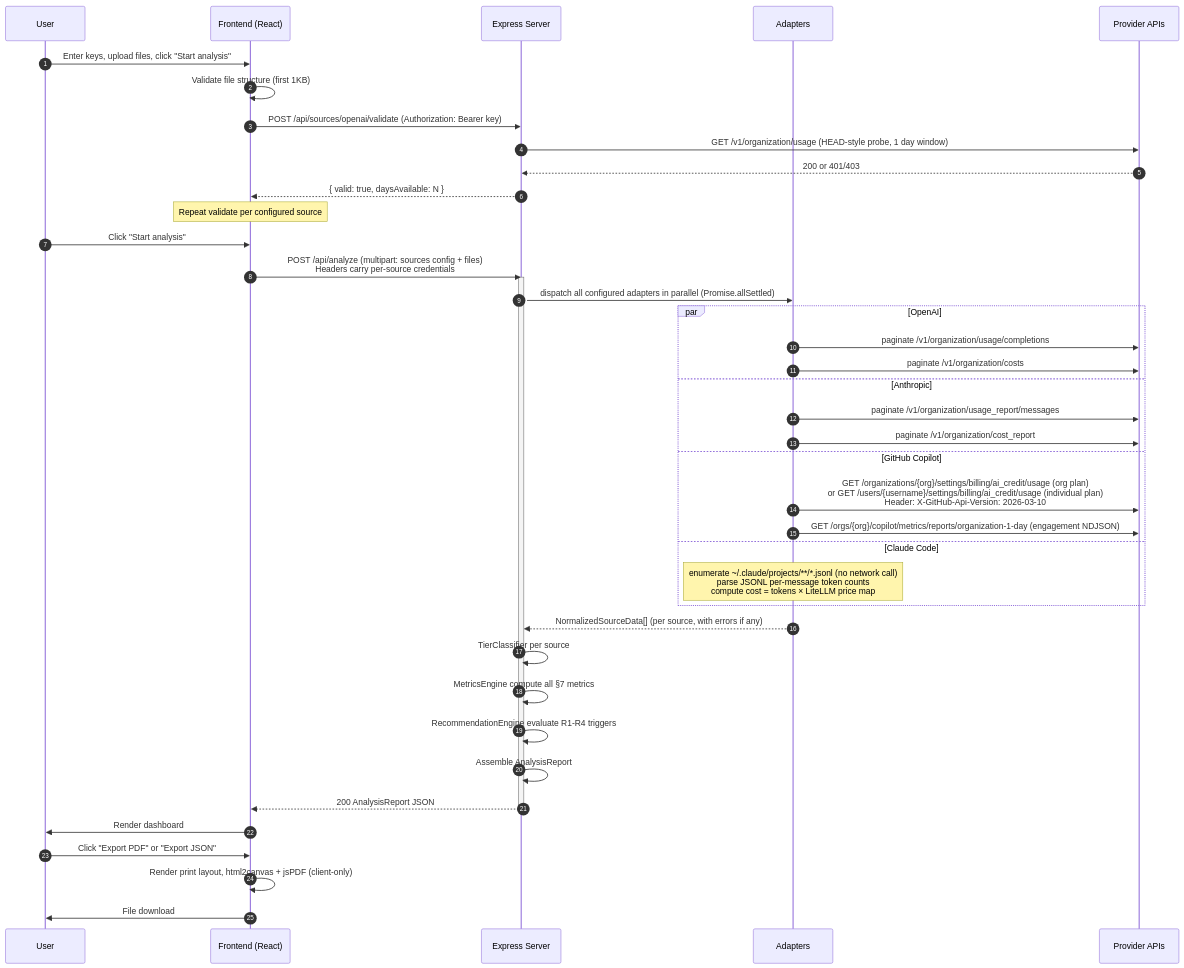
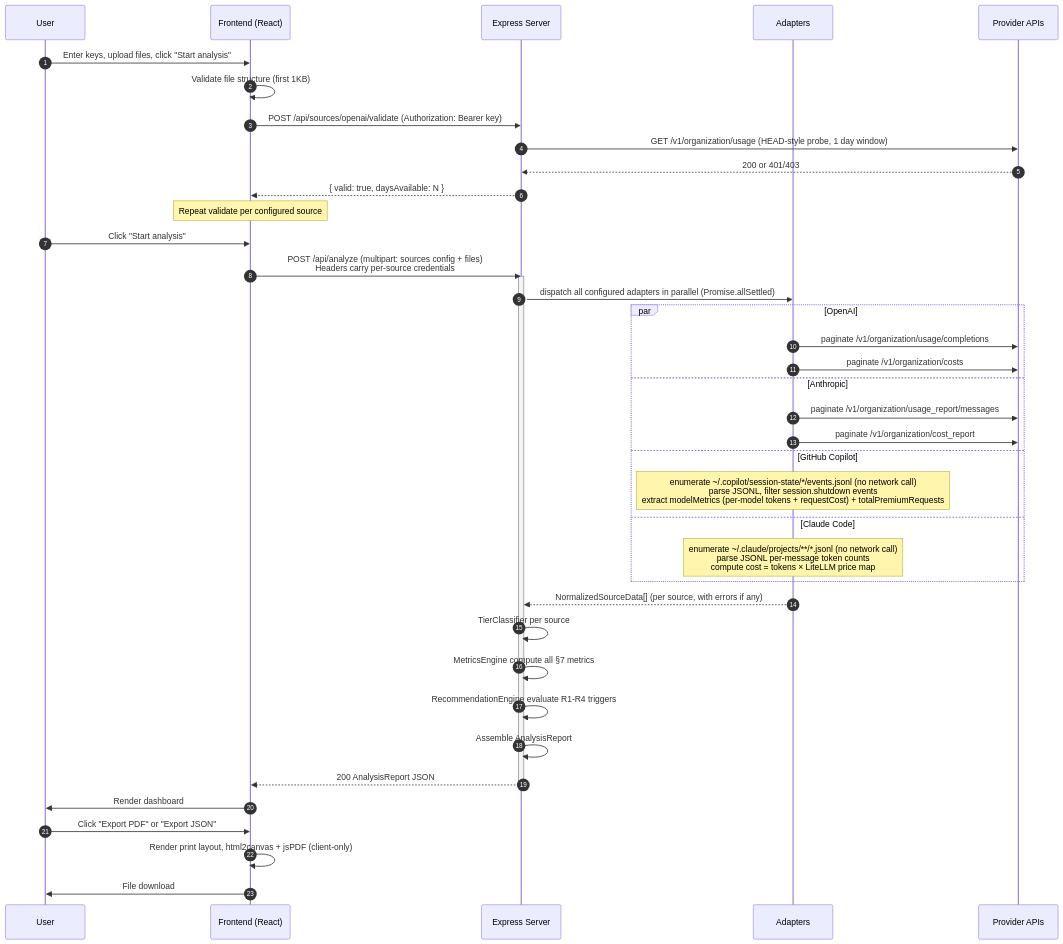
The third of 5 diagrams in docs/engineering-design.md (DaniHalfin/Promptly), drawn with Mermaid before and after one commit. The commit also changed other lines of this file and 3 other files, not shown here.

````diff
--- a/docs/engineering-design.md
+++ b/docs/engineering-design.md
@@ -107,47 +116,46 @@
 ```mermaid
 sequenceDiagram
     autonumber
     participant U as User
     participant FE as Frontend (React)
     participant BE as Express Server
     participant ADP as Adapters
     participant PROV as Provider APIs
 
     U->>FE: Enter keys, upload files, click "Start analysis"
     FE->>FE: Validate file structure (first 1KB)
     FE->>BE: POST /api/sources/openai/validate (Authorization: Bearer key)
     BE->>PROV: GET /v1/organization/usage (HEAD-style probe, 1 day window)
     PROV-->>BE: 200 or 401/403
     BE-->>FE: { valid: true, daysAvailable: N }
     Note over FE: Repeat validate per configured source
 
     U->>FE: Click "Start analysis"
     FE->>BE: POST /api/analyze (multipart: sources config + files)<br/>Headers carry per-source credentials
     activate BE
     BE->>ADP: dispatch all configured adapters in parallel (Promise.allSettled)
 
     par OpenAI
         ADP->>PROV: paginate /v1/organization/usage/completions
         ADP->>PROV: paginate /v1/organization/costs
     and Anthropic
         ADP->>PROV: paginate /v1/organization/usage_report/messages
         ADP->>PROV: paginate /v1/organization/cost_report
     and GitHub Copilot
-        ADP->>PROV: GET /organizations/{org}/settings/billing/ai_credit/usage (org plan)<br/>or GET /users/{username}/settings/billing/ai_credit/usage (individual plan)<br/>Header: X-GitHub-Api-Version: 2026-03-10
-        ADP->>PROV: GET /orgs/{org}/copilot/metrics/reports/organization-1-day (engagement NDJSON)
+        Note over ADP: enumerate ~/.copilot/session-state/*/events.jsonl (no network call)<br/>parse JSONL, filter session.shutdown events<br/>extract modelMetrics (per-model tokens + requestCost) + totalPremiumRequests
     and Claude Code
         Note over ADP: enumerate ~/.claude/projects/**/*.jsonl (no network call)<br/>parse JSONL per-message token counts<br/>compute cost = tokens × LiteLLM price map
     end
 
     ADP-->>BE: NormalizedSourceData[] (per source, with errors if any)
     BE->>BE: TierClassifier per source
     BE->>BE: MetricsEngine compute all §7 metrics
     BE->>BE: RecommendationEngine evaluate R1-R4 triggers
     BE->>BE: Assemble AnalysisReport
     BE-->>FE: 200 AnalysisReport JSON
     deactivate BE
     FE->>U: Render dashboard
     U->>FE: Click "Export PDF" or "Export JSON"
     FE->>FE: Render print layout, html2canvas + jsPDF (client-only)
     FE->>U: File download
 ```
````
